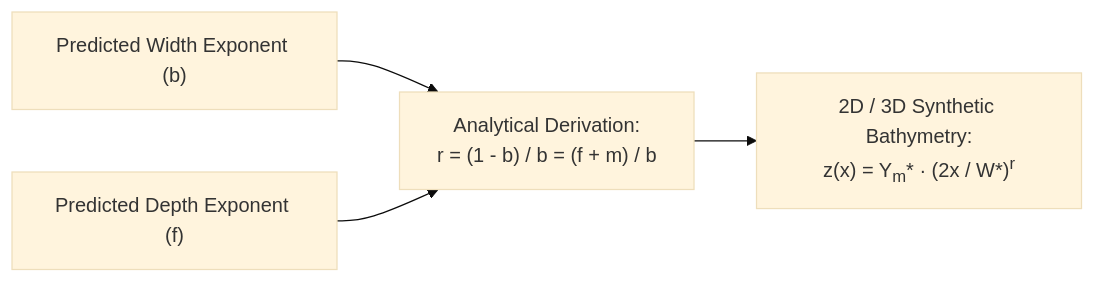
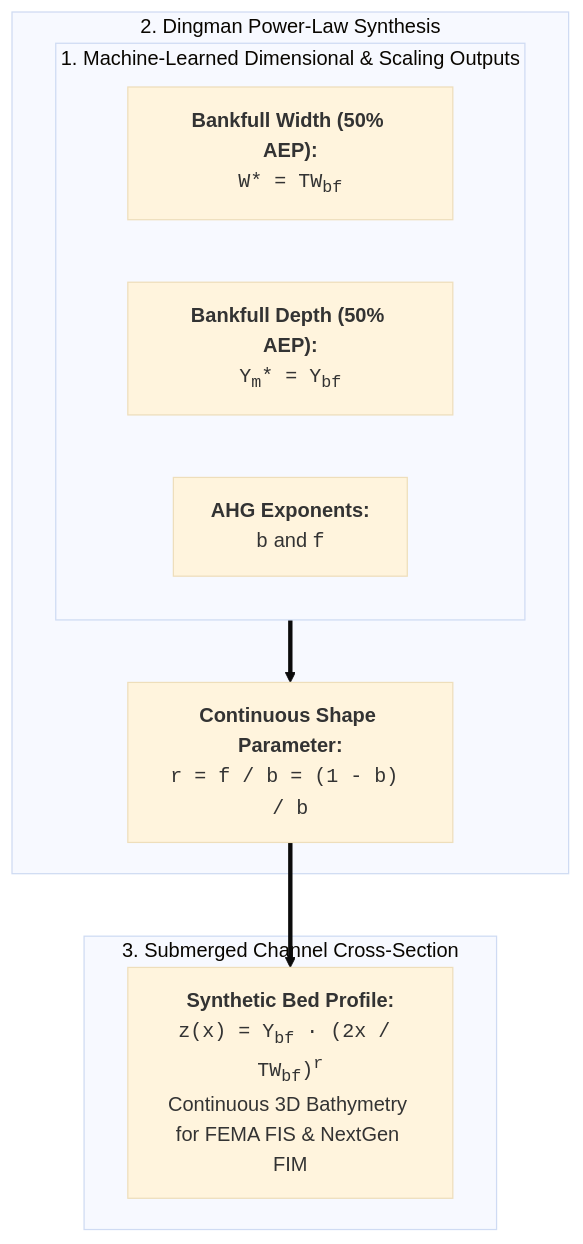
The third of 3 diagrams in docs/v1.0/overview/methods.md (arashmodrad/ml_web), drawn with Mermaid (base theme) before and after one commit. The commit also changed other lines of this file and 40 other files, not shown here.

````diff
--- a/docs/v1.0/overview/methods.md
+++ b/docs/v1.0/overview/methods.md
@@ -216,10 +219,26 @@
 ```mermaid
-flowchart LR
-    ML_B["Predicted Width Exponent (b)"] --> CALC["Analytical Derivation:<br/>r = (1 - b) / b = (f + m) / b"]
-    ML_F["Predicted Depth Exponent (f)"] --> CALC
-    CALC --> PROFILE["2D / 3D Synthetic Bathymetry:<br/>z(x) = Y<sub>m</sub>* &middot; (2x / W*)<sup>r</sup>"]
+flowchart TD
+    subgraph INPUTS ["1. Machine-Learned Dimensional & Scaling Outputs"]
+        direction LR
+        W_BF["<b>Bankfull Width (50% AEP):</b><br/><code>W* = TW<sub>bf</sub></code>"]
+        Y_BF["<b>Bankfull Depth (50% AEP):</b><br/><code>Y<sub>m</sub>* = Y<sub>bf</sub></code>"]
+        EXP_BF["<b>AHG Exponents:</b><br/><code>b</code> and <code>f</code>"]
+    end
 
-    class ML_B highlight-blue;
-    class ML_F highlight-blue;
+    subgraph CALC ["2. Dingman Power-Law Synthesis"]
+        R_SYN["<b>Continuous Shape Parameter:</b><br/><code>r = f / b = (1 - b) / b</code>"]
+        INPUTS ==> R_SYN
+    end
+
+    subgraph BATH ["3. Submerged Channel Cross-Section"]
+        BED["<b>Synthetic Bed Profile:</b><br/><code>z(x) = Y<sub>bf</sub> &middot; (2x / TW<sub>bf</sub>)<sup>r</sup></code><br/>Continuous 3D Bathymetry for FEMA FIS &amp; NextGen FIM"]
+        R_SYN ==> BED
+    end
+
+    class INPUTS highlight-blue;
+    class W_BF highlight-orange;
+    class Y_BF highlight-orange;
+    class EXP_BF highlight-blue;
     class CALC highlight-teal;
+    class BATH highlight-teal;
 ```
````
